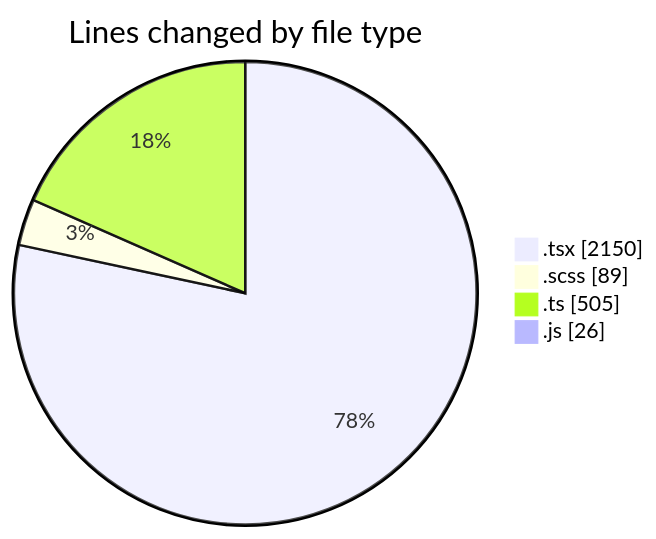
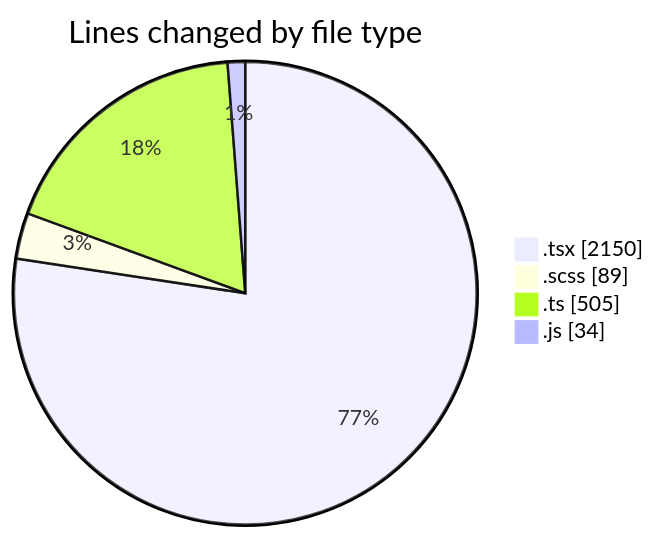
Before and after one commit to momahboobian/code-tracking: the first of 2 diagrams in 2025-06-17/cda/README.md, drawn with Mermaid. The commit also changed other lines of this file and 1 other file, not shown here.

````diff
--- a/2025-06-17/cda/README.md
+++ b/2025-06-17/cda/README.md
@@ -26,8 +26,8 @@
 ```mermaid
 pie showData
 title Lines changed by file type
 ".tsx" : 2150
 ".scss" : 89
 ".ts" : 505
-".js" : 26
+".js" : 34
 ```
````
